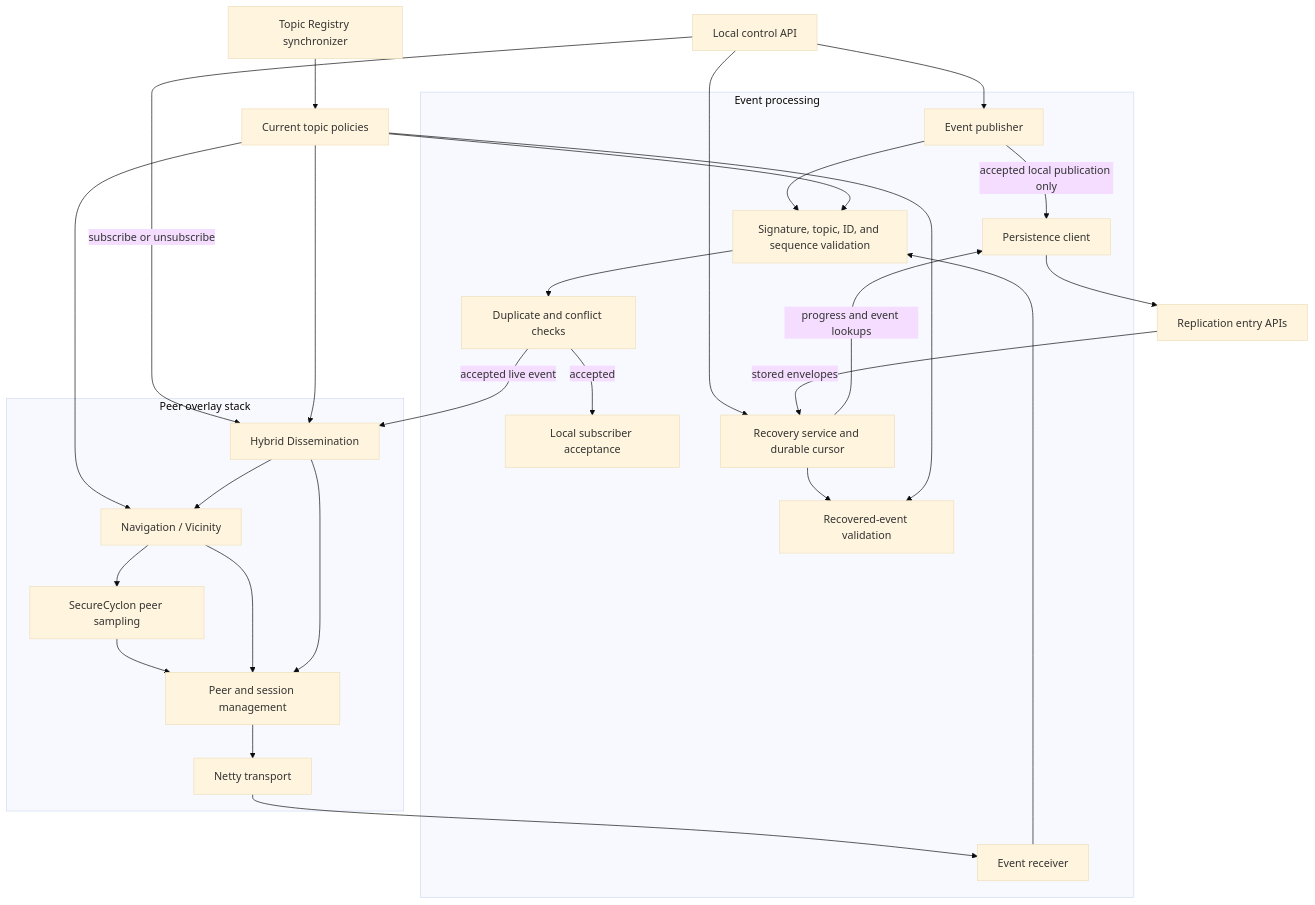
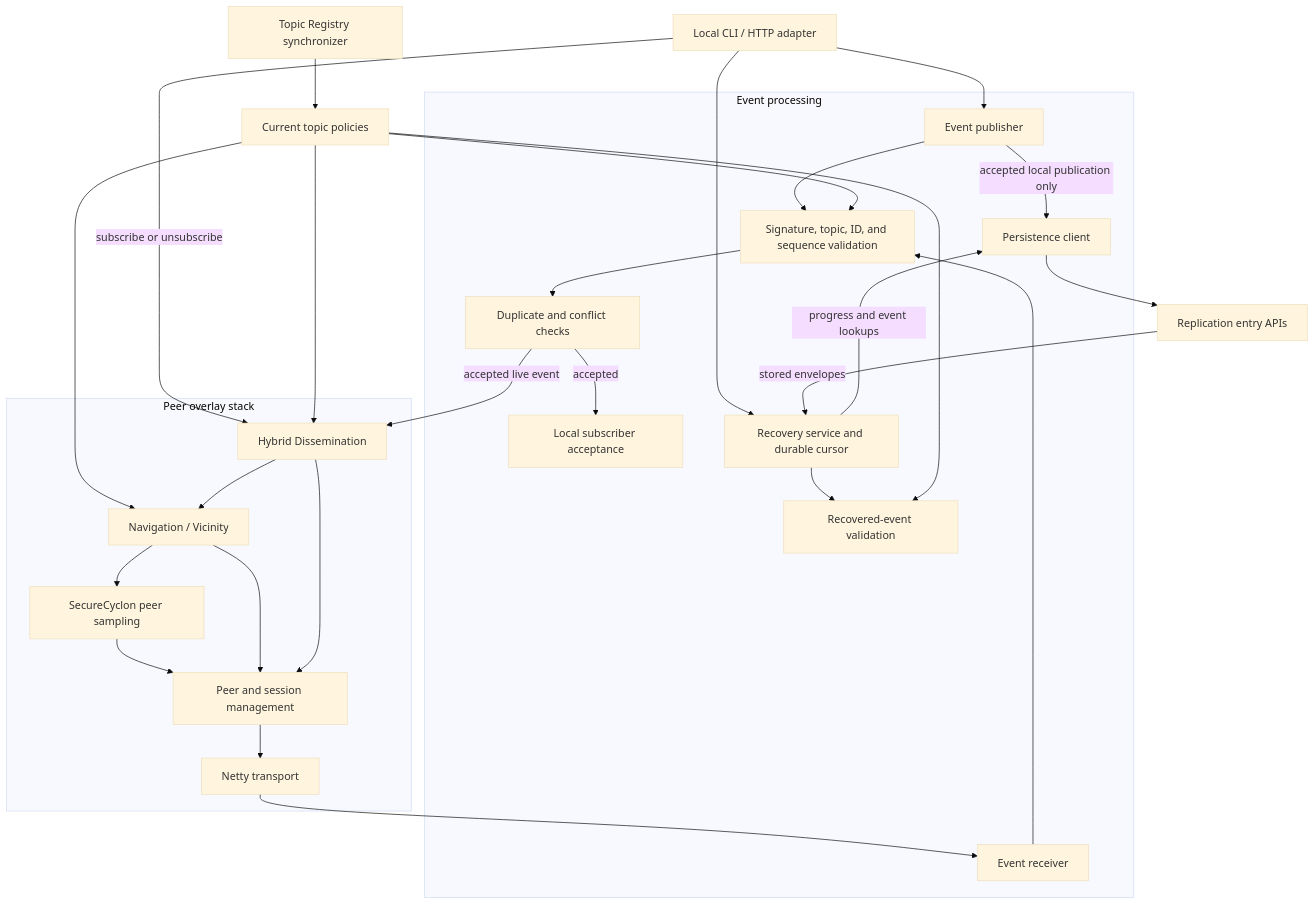
One commit to AAlexandros/PubSubPrototype changed the diagram in docs/architecture/02-pubsub-node.md. Above: the diagram before and after it, drawn with Mermaid (base theme). The commit also changed other lines of this file and 58 other files, not shown here.

Commit message:
Refactoring, having an HTTP running on loopback for local interface

````diff
--- a/docs/architecture/02-pubsub-node.md
+++ b/docs/architecture/02-pubsub-node.md
@@ -7,49 +7,49 @@
 ```mermaid
 flowchart TB
-  API[Local control API]
+  API[Local CLI / HTTP adapter]
   TopicSync[Topic Registry synchronizer] --> TopicState[Current topic policies]
 
   subgraph Events[Event processing]
     Publisher[Event publisher]
     Receiver[Event receiver]
     LiveValidation[Signature, topic, ID, and sequence validation]
     Dedupe[Duplicate and conflict checks]
     Delivery[Local subscriber acceptance]
     Recovery[Recovery service and durable cursor]
     RecoveryValidation[Recovered-event validation]
     Persistence[Persistence client]
   end
 
   subgraph Overlay[Peer overlay stack]
     Dissemination[Hybrid Dissemination]
     Navigation[Navigation / Vicinity]
     Cyclon[SecureCyclon peer sampling]
     Sessions[Peer and session management]
     Transport[Netty transport]
   end
 
   API --> Publisher
   API --> Recovery
   API -->|subscribe or unsubscribe| Dissemination
   Publisher --> LiveValidation
   Receiver --> LiveValidation
   LiveValidation --> Dedupe
   Dedupe -->|accepted| Delivery
   Dedupe -->|accepted live event| Dissemination
   Publisher -->|accepted local publication only| Persistence
   Recovery -->|progress and event lookups| Persistence
   Persistence --> Replicas[Replication entry APIs]
   Replicas -->|stored envelopes| Recovery
   Recovery --> RecoveryValidation
   TopicState --> LiveValidation
   TopicState --> RecoveryValidation
   TopicState --> Navigation
   TopicState --> Dissemination
   Dissemination --> Navigation
   Navigation --> Cyclon
   Cyclon --> Sessions
   Navigation --> Sessions
   Dissemination --> Sessions
   Sessions --> Transport
   Transport --> Receiver
 ```
````
